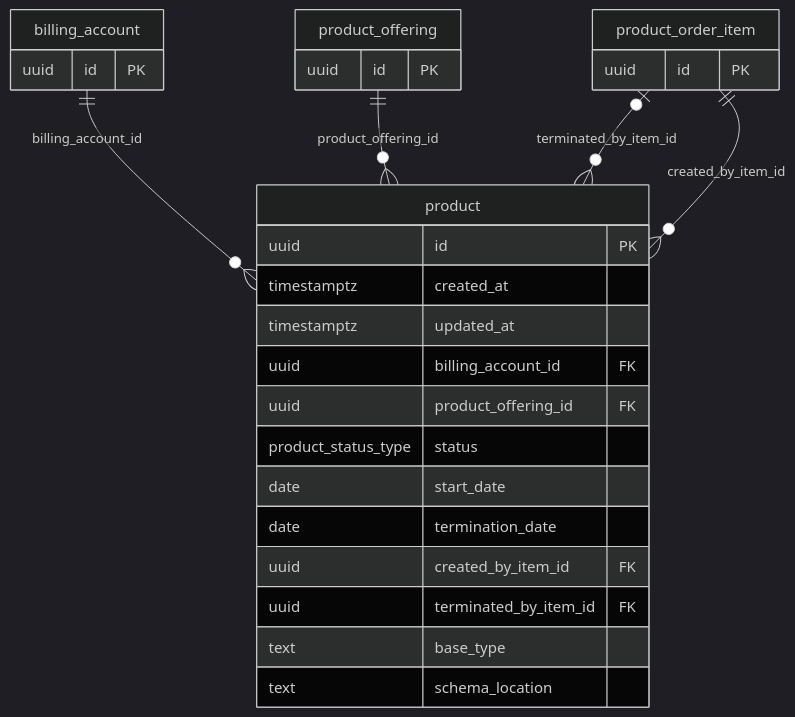
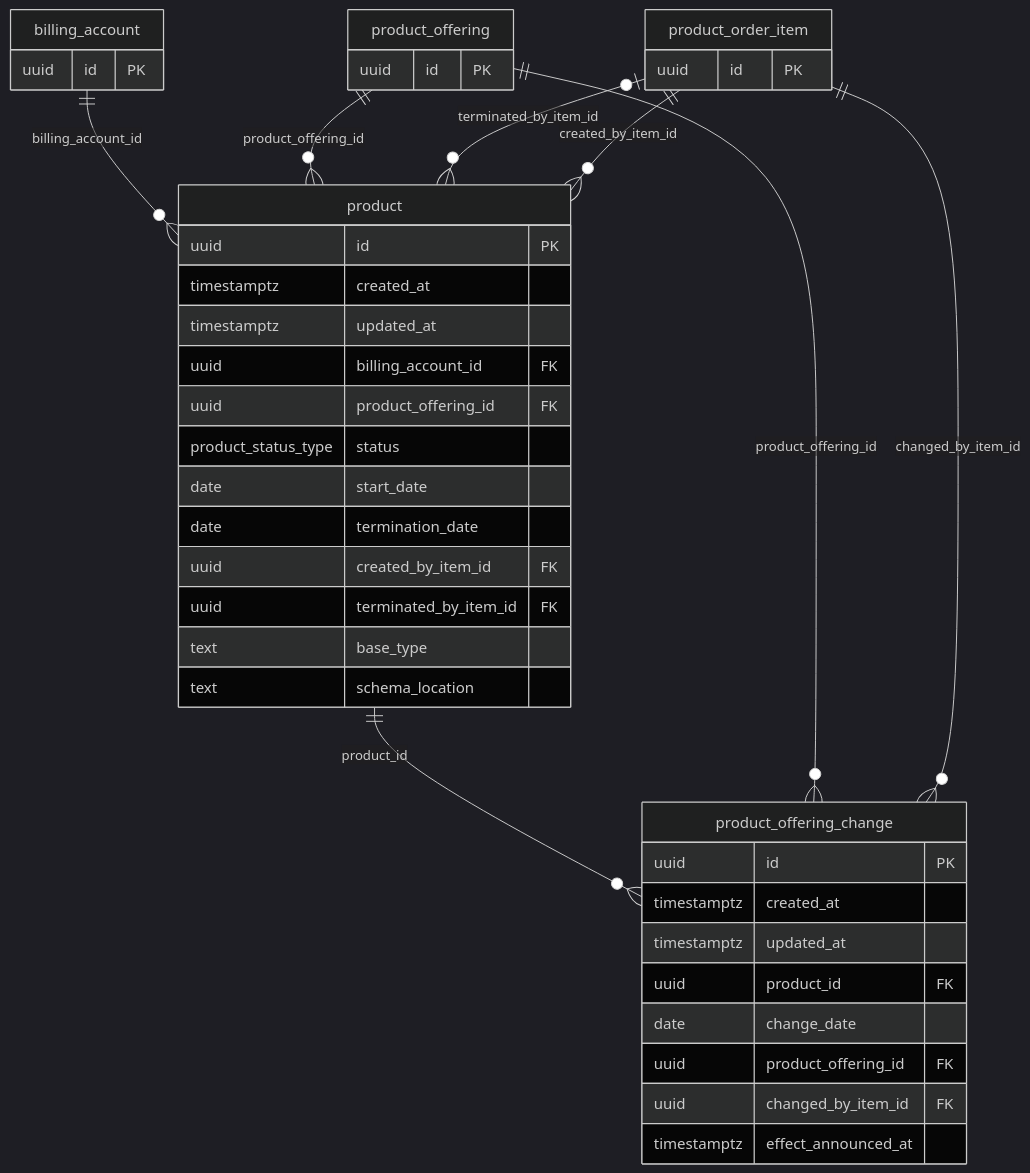
One commit to altharmz/bss changed the fifth of 8 diagrams in docs/db/README.md. Above: the diagram before and after it, drawn with Mermaid (dark theme). The commit also changed other lines of this file and 44 other files, not shown here.

````diff
--- a/docs/db/README.md
+++ b/docs/db/README.md
@@ -454,30 +460,43 @@
 ```mermaid
 erDiagram
   product {
     uuid id PK
     timestamptz created_at
     timestamptz updated_at
     uuid billing_account_id FK
     uuid product_offering_id FK
     product_status_type status
     date start_date
     date termination_date
     uuid created_by_item_id FK
     uuid terminated_by_item_id FK
     text base_type
     text schema_location
   }
+  product_offering_change {
+    uuid id PK
+    timestamptz created_at
+    timestamptz updated_at
+    uuid product_id FK
+    date change_date
+    uuid product_offering_id FK
+    uuid changed_by_item_id FK
+    timestamptz effect_announced_at
+  }
   billing_account {
     uuid id PK
   }
   product_order_item {
     uuid id PK
   }
   product_offering {
     uuid id PK
   }
   billing_account ||--o{ product : "billing_account_id"
+  product ||--o{ product_offering_change : "product_id"
   product_offering ||--o{ product : "product_offering_id"
+  product_offering ||--o{ product_offering_change : "product_offering_id"
   product_order_item |o--o{ product : "terminated_by_item_id"
   product_order_item ||--o{ product : "created_by_item_id"
+  product_order_item ||--o{ product_offering_change : "changed_by_item_id"
 ```
````
